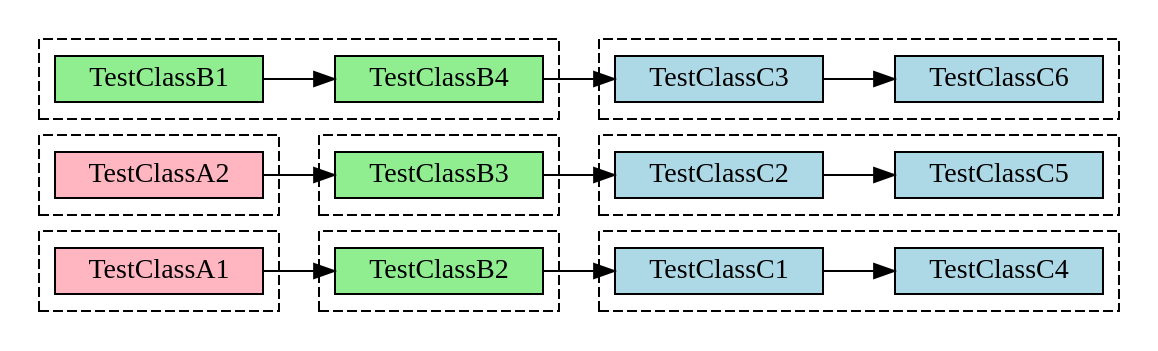
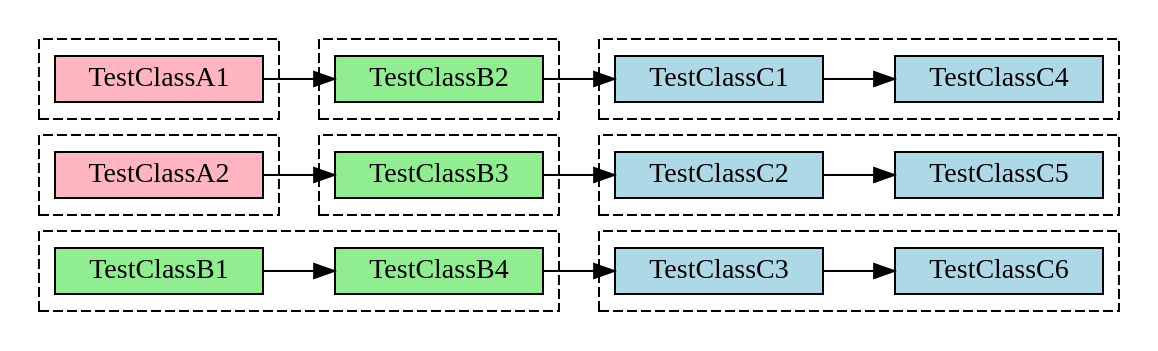
One commit to com-lihaoyi/mill changed the fourth of 5 diagrams in website/blog/modules/ROOT/pages/11-jvm-test-parallelism.adoc. Above: the diagram before and after it, drawn with Graphviz. The commit also changed other lines of this file, not shown here.

````diff
--- a/website/blog/modules/ROOT/pages/11-jvm-test-parallelism.adoc
+++ b/website/blog/modules/ROOT/pages/11-jvm-test-parallelism.adoc
@@ -344,48 +365,50 @@
 ```graphviz
 digraph G {
   rankdir=LR
   node [shape=box width=0 height=0]
 
 
   style="dashed"
+
+  TestClassB1 -> TestClassB4 -> TestClassC3 -> TestClassC6
+  TestClassA2 -> TestClassB3 -> TestClassC2 -> TestClassC5
+  TestClassA1 -> TestClassB2 -> TestClassC1 -> TestClassC4
+
 
   subgraph cluster_c1 {
     TestClassC1 [style=filled fillcolor=lightblue]
     TestClassC4 [style=filled fillcolor=lightblue]
   }
 
 
   subgraph cluster_c2 {
     TestClassC2 [style=filled fillcolor=lightblue]
     TestClassC5 [style=filled fillcolor=lightblue]
   }
 
   subgraph cluster_c3 {
     TestClassC3 [style=filled fillcolor=lightblue]
     TestClassC6 [style=filled fillcolor=lightblue]
   }
 
 
   subgraph cluster_b1 {
     TestClassB1 [style=filled fillcolor=lightgreen]
     TestClassB4 [style=filled fillcolor=lightgreen]
   }
   subgraph cluster_b2 {
     TestClassB2 [style=filled fillcolor=lightgreen]
   }
   subgraph cluster_b3 {
     TestClassB3 [style=filled fillcolor=lightgreen]
   }
 
   subgraph cluster_a1 {
     TestClassA1 [style=filled fillcolor=lightpink]
   }
   subgraph cluster_a2 {
     TestClassA2 [style=filled fillcolor=lightpink]
   }
 
-  TestClassA1 -> TestClassB2 -> TestClassC1 -> TestClassC4
-  TestClassA2 -> TestClassB3 -> TestClassC2 -> TestClassC5
-  TestClassB1 -> TestClassB4 -> TestClassC3 -> TestClassC6
 }
 ```
````
